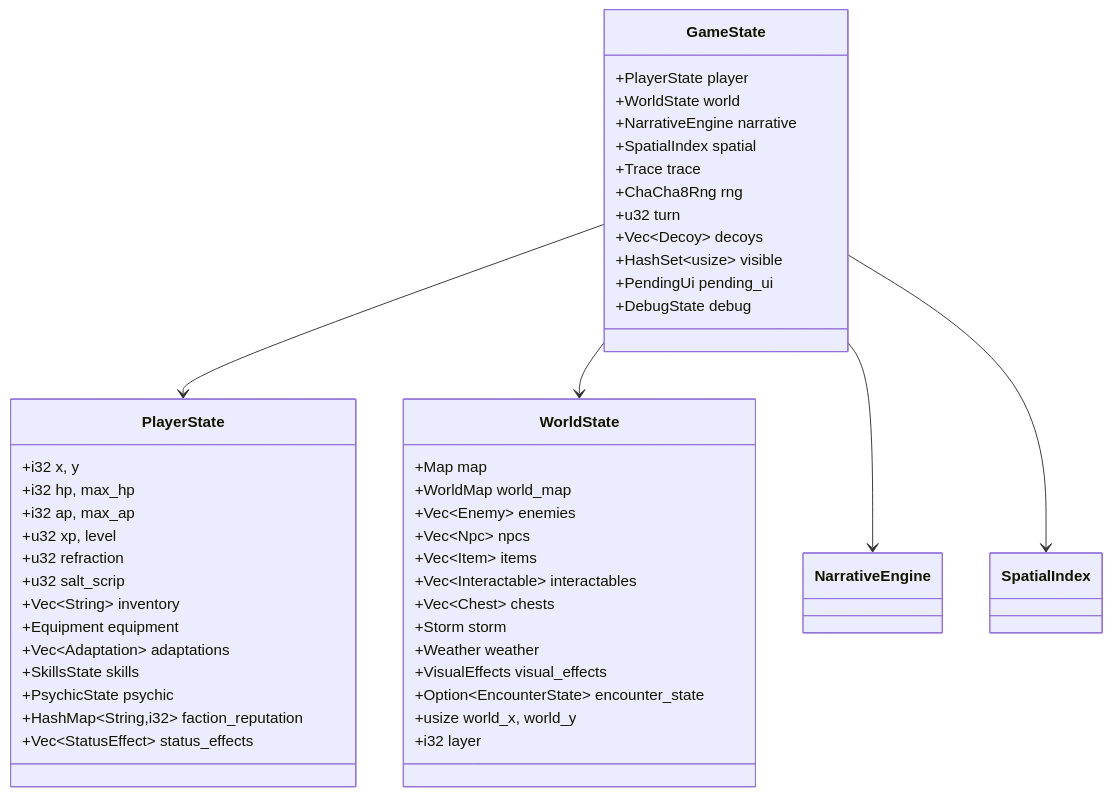
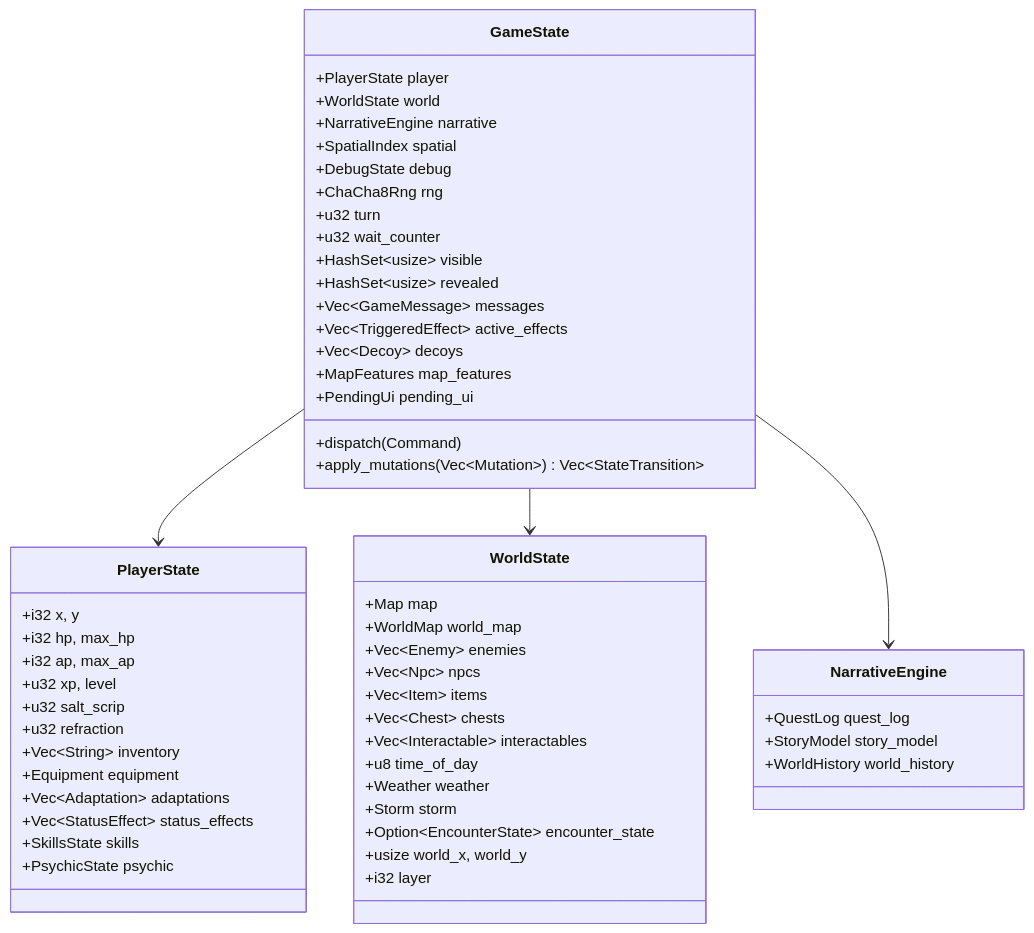
Before and after one commit to EliasVahlberg/saltglass-steppe: the first of 2 diagrams in .agents/summary/data_models.md, drawn with Mermaid. The commit also changed other lines of this file and 30 other files, not shown here.

````diff
--- a/.agents/summary/data_models.md
+++ b/.agents/summary/data_models.md
@@ -9,53 +7,63 @@
 ```mermaid
 classDiagram
     class GameState {
         +PlayerState player
         +WorldState world
         +NarrativeEngine narrative
         +SpatialIndex spatial
-        +Trace trace
+        +DebugState debug
         +ChaCha8Rng rng
         +u32 turn
+        +u32 wait_counter
+        +HashSet~usize~ visible
+        +HashSet~usize~ revealed
+        +Vec~GameMessage~ messages
+        +Vec~TriggeredEffect~ active_effects
         +Vec~Decoy~ decoys
-        +HashSet~usize~ visible
+        +MapFeatures map_features
         +PendingUi pending_ui
-        +DebugState debug
+        +dispatch(Command)
+        +apply_mutations(Vec~Mutation~) Vec~StateTransition~
     }
 
     class PlayerState {
         +i32 x, y
         +i32 hp, max_hp
         +i32 ap, max_ap
         +u32 xp, level
+        +u32 salt_scrip
         +u32 refraction
-        +u32 salt_scrip
         +Vec~String~ inventory
         +Equipment equipment
         +Vec~Adaptation~ adaptations
+        +Vec~StatusEffect~ status_effects
         +SkillsState skills
         +PsychicState psychic
-        +HashMap~String,i32~ faction_reputation
-        +Vec~StatusEffect~ status_effects
     }
 
     class WorldState {
         +Map map
         +WorldMap world_map
         +Vec~Enemy~ enemies
         +Vec~Npc~ npcs
         +Vec~Item~ items
+        +Vec~Chest~ chests
         +Vec~Interactable~ interactables
-        +Vec~Chest~ chests
+        +u8 time_of_day
+        +Weather weather
         +Storm storm
-        +Weather weather
-        +VisualEffects visual_effects
         +Option~EncounterState~ encounter_state
         +usize world_x, world_y
         +i32 layer
     }
 
+    class NarrativeEngine {
+        +QuestLog quest_log
+        +StoryModel story_model
+        +WorldHistory world_history
+    }
+
     GameState --> PlayerState
     GameState --> WorldState
     GameState --> NarrativeEngine
-    GameState --> SpatialIndex
 ```
````
